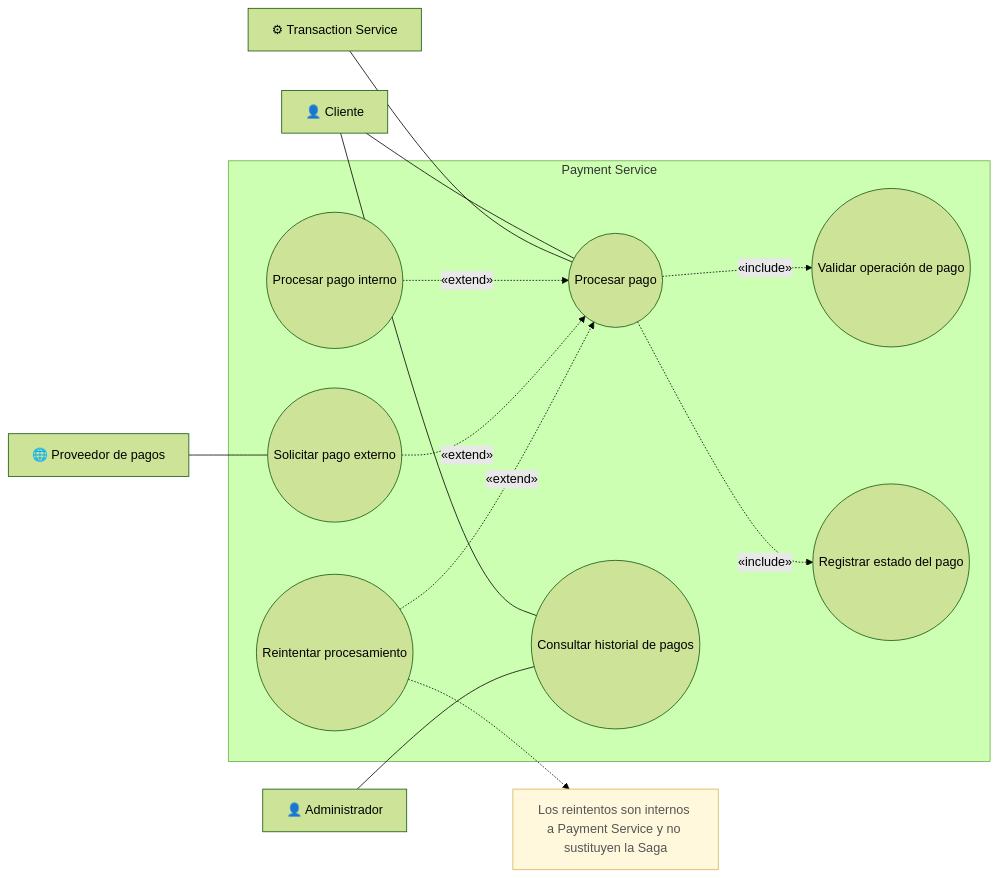
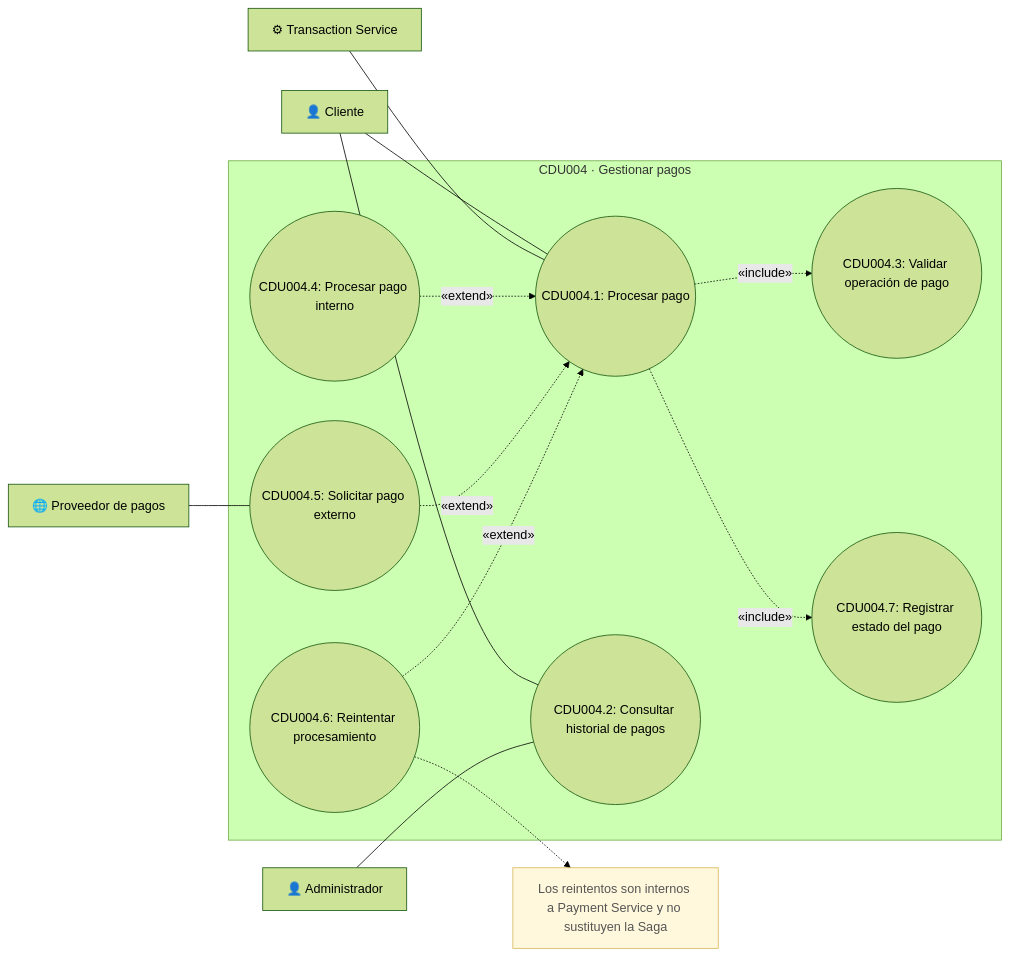
One commit to marcosbondel/Proyecto-SA-B-2 changed the diagram in docs/architecture/diagrams/cdu/payment/payment-casos-de-uso.mmd. Above: the diagram before and after it, drawn with Mermaid (forest theme). The commit also changed 62 other files, not shown here.

Commit message:
Reorganize CDU diagrams by numbered use cases

```diff
--- a/docs/architecture/diagrams/cdu/payment/payment-casos-de-uso.mmd
+++ b/docs/architecture/diagrams/cdu/payment/payment-casos-de-uso.mmd
@@ -1,32 +1,32 @@
 flowchart LR
     client["👤 Cliente"]
     admin["👤 Administrador"]
     transactionService["⚙ Transaction Service"]
     provider["🌐 Proveedor de pagos"]
 
-    subgraph payment["Payment Service"]
-        process(("Procesar pago"))
-        validate(("Validar operación de pago"))
-        internal(("Procesar pago interno"))
-        external(("Solicitar pago externo"))
-        retry(("Reintentar procesamiento"))
-        record(("Registrar estado del pago"))
-        history(("Consultar historial de pagos"))
+    subgraph payment["CDU004 · Gestionar pagos"]
+        process(("CDU004.1: Procesar pago"))
+        history(("CDU004.2: Consultar historial de pagos"))
+        validate(("CDU004.3: Validar operación de pago"))
+        internal(("CDU004.4: Procesar pago interno"))
+        external(("CDU004.5: Solicitar pago externo"))
+        retry(("CDU004.6: Reintentar procesamiento"))
+        record(("CDU004.7: Registrar estado del pago"))
     end
 
     client --- process
     client --- history
     admin --- history
     transactionService --- process
     provider --- external
 
     process -. "«include»" .-> validate
     process -. "«include»" .-> record
     internal -. "«extend»" .-> process
     external -. "«extend»" .-> process
     retry -. "«extend»" .-> process
 
     note["Los reintentos son internos a Payment Service y no sustituyen la Saga"]:::note
     retry -.-> note
 
     classDef note fill:#FFF8DC,stroke:#D6B656,color:#555555;
```
